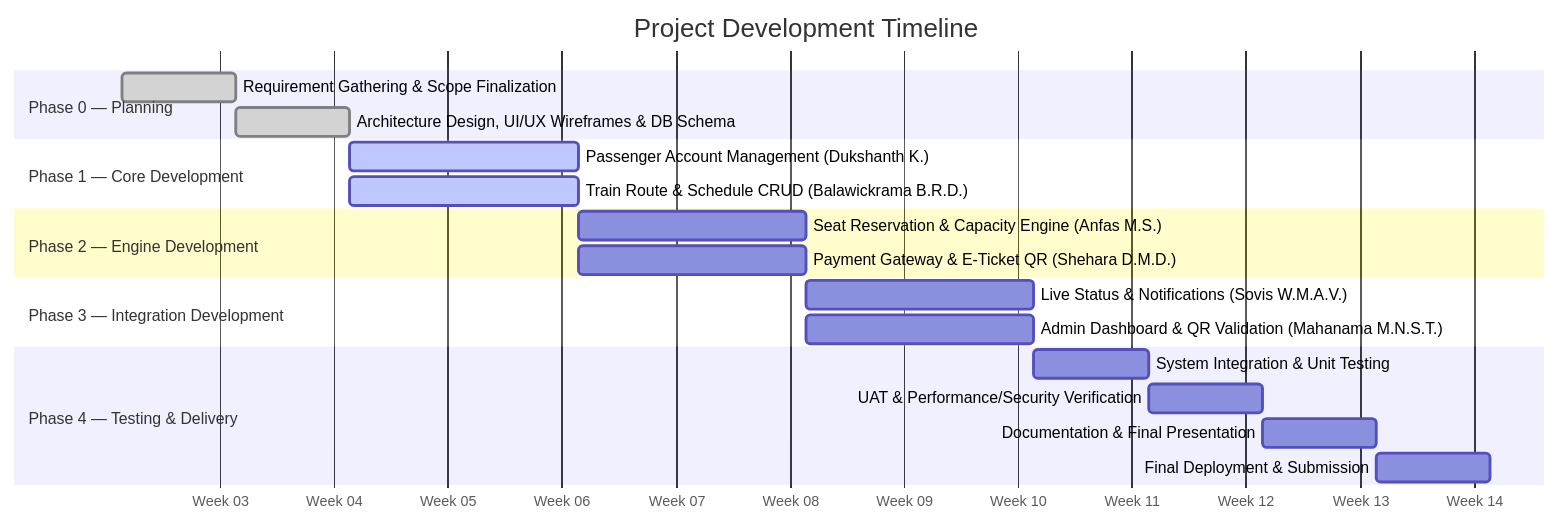
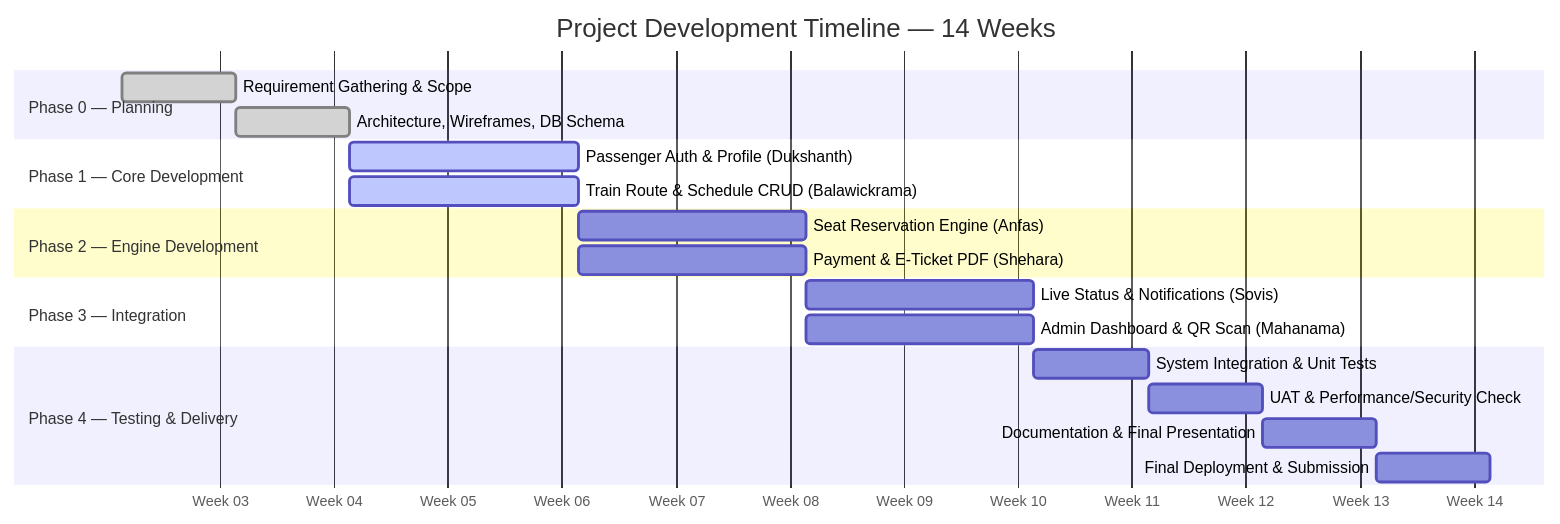
The second of 2 diagrams in README.md (IT25102327/Web-based-Train-Scheduling-Booking-System), drawn with Mermaid before and after one commit. The commit also changed other lines of this file and 236 other files, not shown here.

````diff
--- a/README.md
+++ b/README.md
@@ -669,28 +629,28 @@
 ```mermaid
 gantt
-    title Project Development Timeline
+    title Project Development Timeline — 14 Weeks
     dateFormat  YYYY-MM-DD
     axisFormat  Week %W
 
     section Phase 0 — Planning
-    Requirement Gathering & Scope Finalization       :done,    p0a, 2026-01-19, 1w
-    Architecture Design, UI/UX Wireframes & DB Schema:done,    p0b, after p0a, 1w
+    Requirement Gathering & Scope        :done, p0a, 2026-01-19, 1w
+    Architecture, Wireframes, DB Schema  :done, p0b, after p0a, 1w
 
     section Phase 1 — Core Development
-    Passenger Account Management (Dukshanth K.)      :active,  p1a, after p0b, 2w
-    Train Route & Schedule CRUD (Balawickrama B.R.D.):active,  p1b, after p0b, 2w
+    Passenger Auth & Profile (Dukshanth)  :active, p1a, after p0b, 2w
+    Train Route & Schedule CRUD (Balawickrama) :active, p1b, after p0b, 2w
 
     section Phase 2 — Engine Development
-    Seat Reservation & Capacity Engine (Anfas M.S.)  :         p2a, after p1a, 2w
-    Payment Gateway & E-Ticket QR (Shehara D.M.D.)  :         p2b, after p1b, 2w
+    Seat Reservation Engine (Anfas)       :p2a, after p1a, 2w
+    Payment & E-Ticket PDF (Shehara)      :p2b, after p1b, 2w
 
-    section Phase 3 — Integration Development
-    Live Status & Notifications (Sovis W.M.A.V.)     :         p3a, after p2a, 2w
-    Admin Dashboard & QR Validation (Mahanama M.N.S.T.):       p3b, after p2b, 2w
+    section Phase 3 — Integration
+    Live Status & Notifications (Sovis)   :p3a, after p2a, 2w
+    Admin Dashboard & QR Scan (Mahanama)  :p3b, after p2b, 2w
 
     section Phase 4 — Testing & Delivery
-    System Integration & Unit Testing                :         p4a, after p3a, 1w
-    UAT & Performance/Security Verification          :         p4b, after p4a, 1w
-    Documentation & Final Presentation               :         p4c, after p4b, 1w
-    Final Deployment & Submission                    :         p4d, after p4c, 1w
+    System Integration & Unit Tests       :p4a, after p3a, 1w
+    UAT & Performance/Security Check      :p4b, after p4a, 1w
+    Documentation & Final Presentation    :p4c, after p4b, 1w
+    Final Deployment & Submission         :p4d, after p4c, 1w
 ```
````
